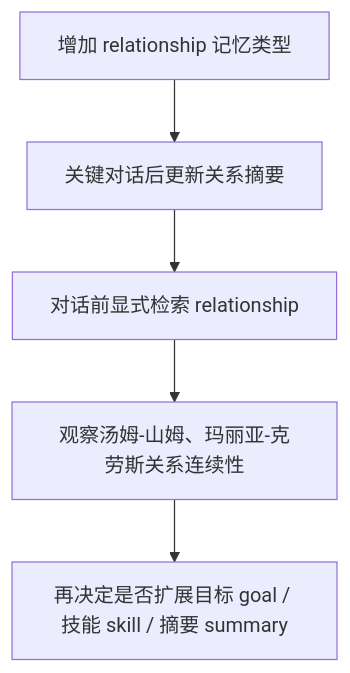
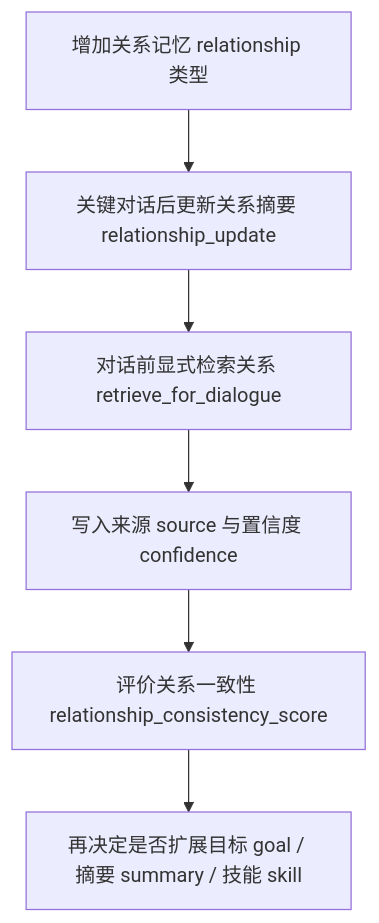
Before and after one commit to tbkken/GenerativeAgentsCN: the second of 2 diagrams in docs/book/manuscript/part_05/chapter_32.md, drawn with Mermaid. The commit also changed other lines of this file and 18 other files, not shown here.

````diff
--- a/docs/book/manuscript/part_05/chapter_32.md
+++ b/docs/book/manuscript/part_05/chapter_32.md
@@ -698,7 +511,8 @@
 ```mermaid
 flowchart TD
-    Step1["增加 relationship 记忆类型"] --> Step2["关键对话后更新关系摘要"]
-    Step2 --> Step3["对话前显式检索 relationship"]
-    Step3 --> Eval["观察汤姆-山姆、玛丽亚-克劳斯关系连续性"]
-    Eval --> Decide["再决定是否扩展目标 goal / 技能 skill / 摘要 summary"]
+    Step1["增加关系记忆 relationship 类型"] --> Step2["关键对话后更新关系摘要 relationship_update"]
+    Step2 --> Step3["对话前显式检索关系 retrieve_for_dialogue"]
+    Step3 --> Step4["写入来源 source 与置信度 confidence"]
+    Step4 --> Eval["评价关系一致性 relationship_consistency_score"]
+    Eval --> Decide["再决定是否扩展目标 goal / 摘要 summary / 技能 skill"]
 ```
````
